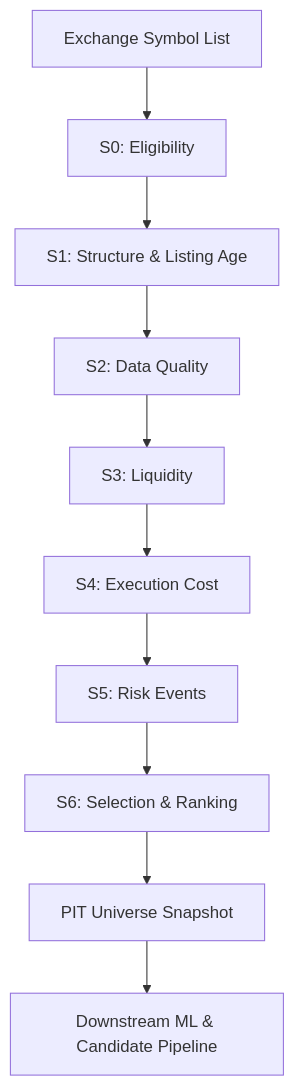
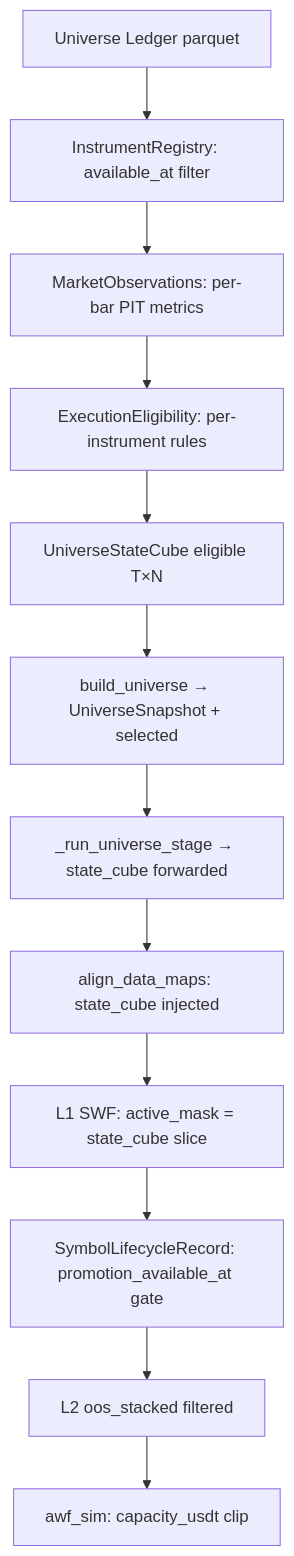
The diagram in docs/architecture/universe.md (KTHYEONG/crypto-pilot), drawn with Mermaid before and after one commit. The commit also changed other lines of this file and 3 other files, not shown here.

First line of the commit message:
docs: PIT universe 및 L1 아키텍처 결정 기록

````diff
--- a/docs/architecture/universe.md
+++ b/docs/architecture/universe.md
@@ -41,12 +43,14 @@
 ```mermaid
 graph TD
-    A[Exchange Symbol List] --> B[S0: Eligibility]
-    B --> C[S1: Structure & Listing Age]
-    C --> D[S2: Data Quality]
-    D --> E[S3: Liquidity]
-    E --> F[S4: Execution Cost]
-    F --> G[S5: Risk Events]
-    G --> H[S6: Selection & Ranking]
-    H --> I[PIT Universe Snapshot]
-    I --> J[Downstream ML & Candidate Pipeline]
+    A[Universe Ledger parquet] --> B[InstrumentRegistry: available_at filter]
+    B --> C[MarketObservations: per-bar PIT metrics]
+    C --> D[ExecutionEligibility: per-instrument rules]
+    D --> E[UniverseStateCube eligible T×N]
+    E --> F[build_universe → UniverseSnapshot + selected]
+    F --> G[_run_universe_stage → state_cube forwarded]
+    G --> H[align_data_maps: state_cube injected]
+    H --> I[L1 SWF: active_mask = state_cube slice]
+    I --> J[SymbolLifecycleRecord: promotion_available_at gate]
+    J --> K[L2 oos_stacked filtered]
+    K --> L[awf_sim: capacity_usdt clip]
 ```
````
